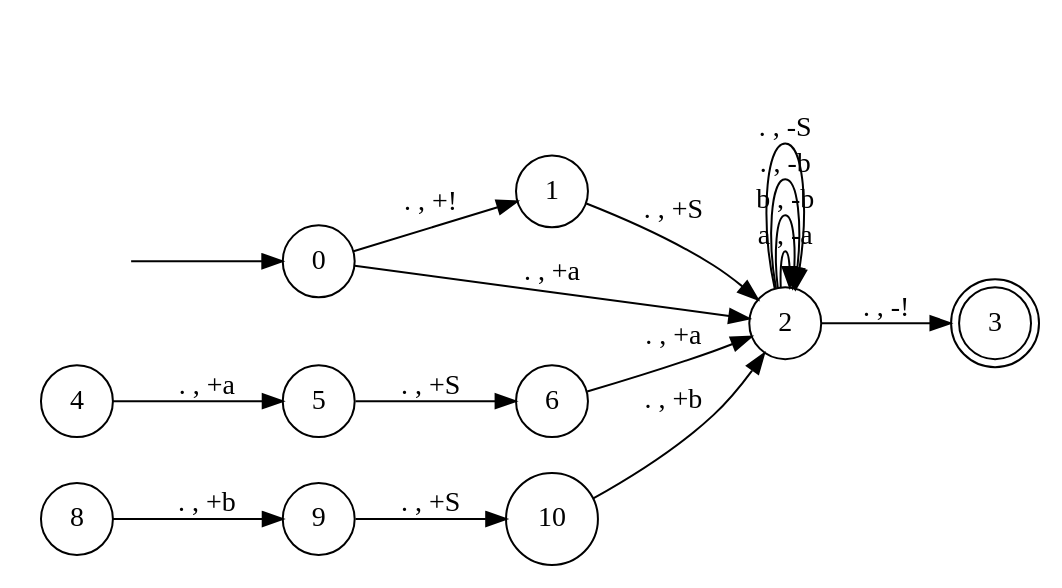
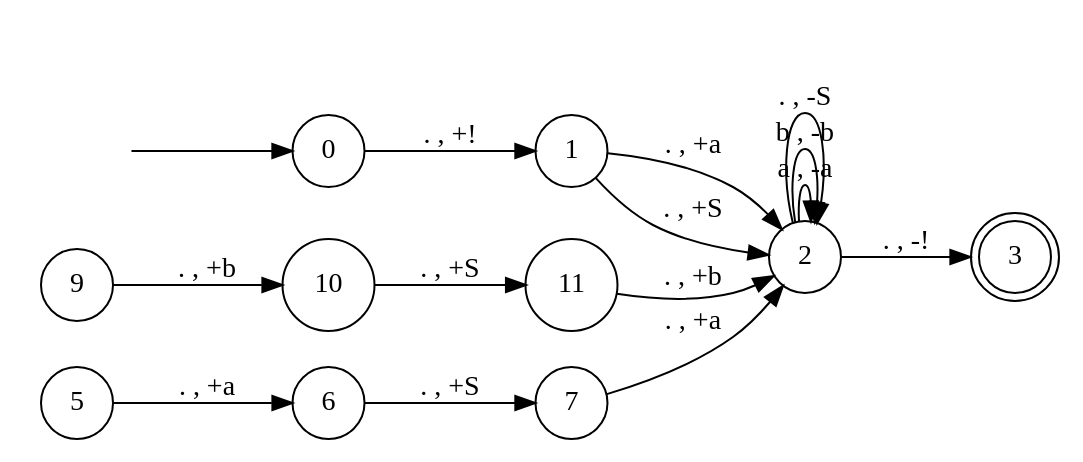
Before and after one commit to tsubaric/ToC: the diagram in output.gv, drawn with Graphviz. The commit also changed 4 other files, not shown here.

```diff
--- a/output.gv
+++ b/output.gv
@@ -1,22 +1,21 @@
 digraph pda {
 rankdir = LR;
 hidden [shape = plaintext, label = ""];
 node [shape = doublecircle];
 3;
 node [shape = circle];
 hidden -> 0;
+11 -> 2 [label = ". , +b"];
 0 -> 1 [label = ". , +!"];
-0 -> 2 [label = ". , +a"];
+1 -> 2 [label = ". , +a"];
 1 -> 2 [label = ". , +S"];
 2 -> 2 [label = "a , -a"];
 2 -> 2 [label = "b , -b"];
-2 -> 2 [label = ". , -b"];
 2 -> 2 [label = ". , -S"];
 2 -> 3 [label = ". , -!"];
-4 -> 5 [label = ". , +a"];
-5 -> 6 [label = ". , +S"];
-6 -> 2 [label = ". , +a"];
-8 -> 9 [label = ". , +b"];
-9 -> 10 [label = ". , +S"];
-10 -> 2 [label = ". , +b"];
+5 -> 6 [label = ". , +a"];
+6 -> 7 [label = ". , +S"];
+7 -> 2 [label = ". , +a"];
+9 -> 10 [label = ". , +b"];
+10 -> 11 [label = ". , +S"];
 }
```
